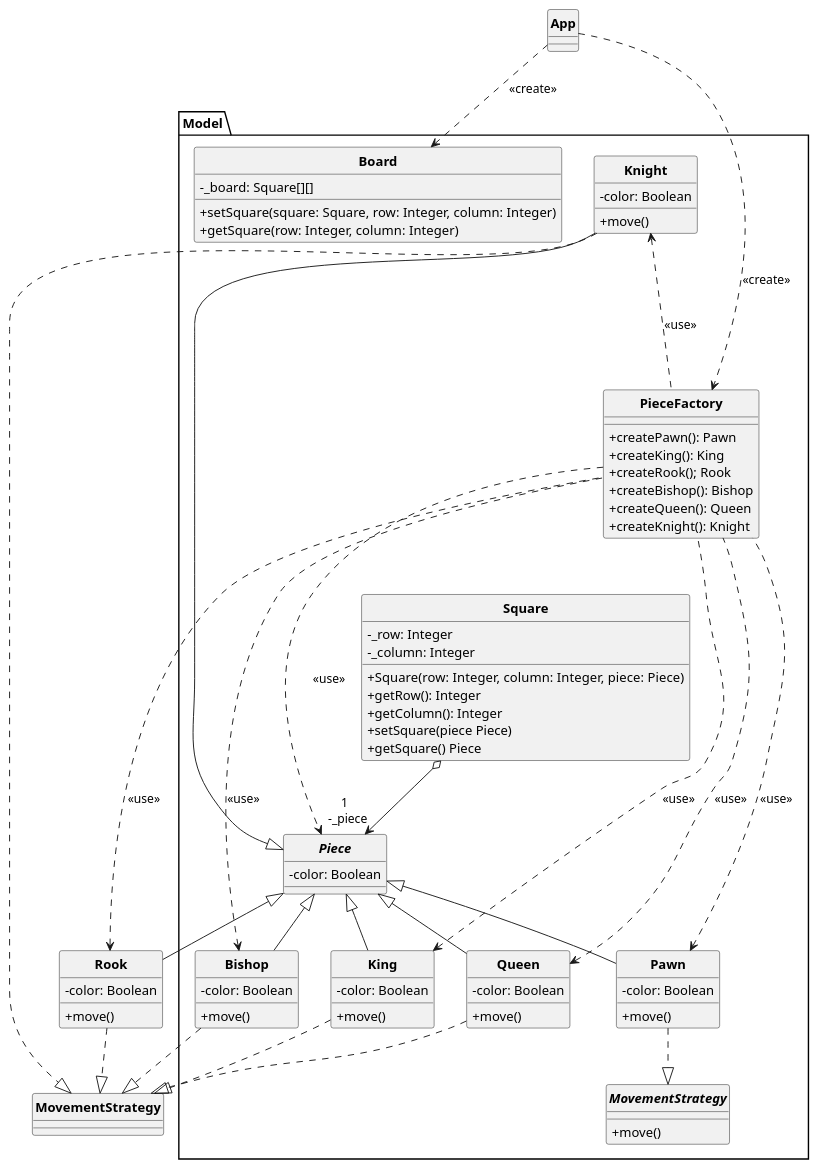
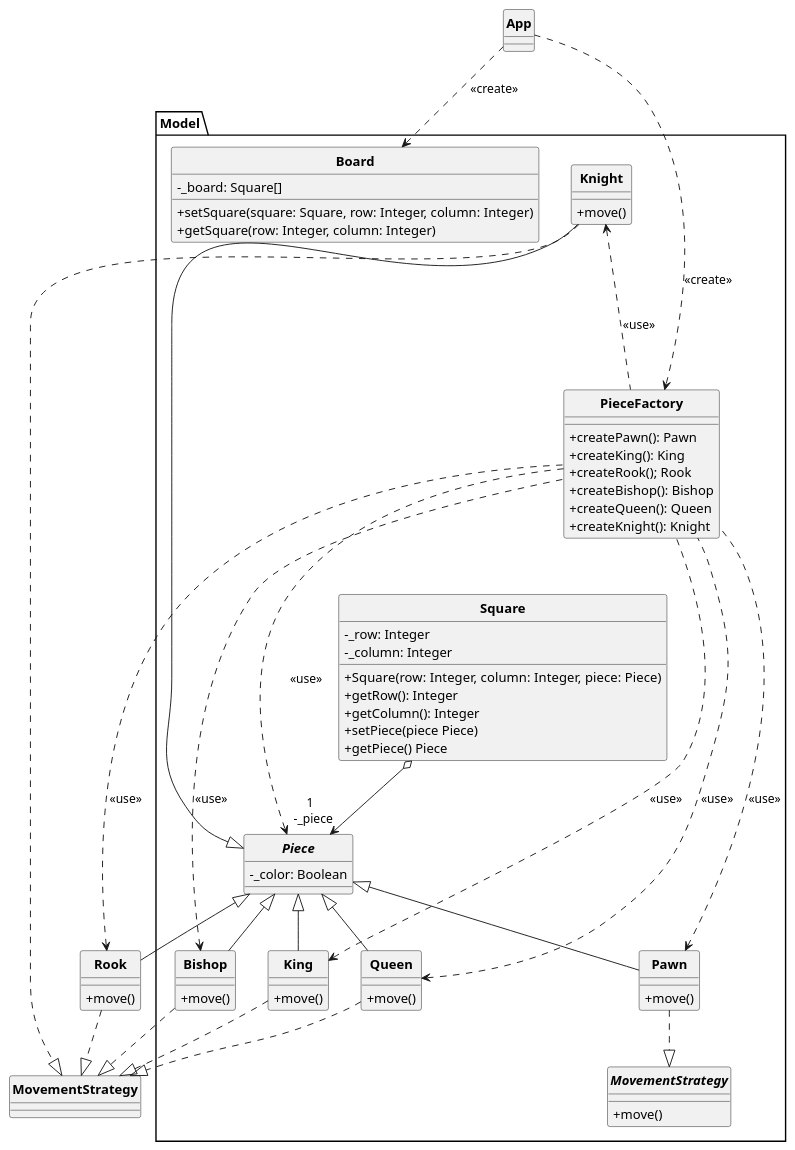
Before and after one commit to MaxDevelo/Chess-Game: the diagram in UML/Chessgame.puml, drawn with PlantUML. The commit also changed 2 other files, not shown here.

Commit message:
UML: Correction des piece en enlevant l'attribut color. Et Square[][] en Square[]

```diff
--- a/UML/Chessgame.puml
+++ b/UML/Chessgame.puml
@@ -1,106 +1,100 @@
 @startuml
 
 skinparam style strictuml
 skinparam classAttributeIconSize 0
 skinparam classFontStyle Bold
 hide enum methods
 
 
 class App{
 
 }
 
 
 package Model{
     class Board{
-    - _board: Square[][]
+    - _board: Square[]
     + setSquare(square: Square, row: Integer, column: Integer)
     + getSquare(row: Integer, column: Integer)
     }
 
     class Square{
     - _row: Integer
     - _column: Integer
     + Square(row: Integer, column: Integer, piece: Piece)
     + getRow(): Integer
     + getColumn(): Integer
-    + setSquare(piece Piece)
-    + getSquare() Piece
+    + setPiece(piece Piece)
+    + getPiece() Piece
     }
 
     abstract Piece{
-    - color: Boolean
+    - _color: Boolean
     }
 
     class PieceFactory{
     + createPawn(): Pawn
     + createKing(): King
     + createRook(); Rook
     + createBishop(): Bishop
     + createQueen(): Queen
     + createKnight(): Knight
     }
 
     interface MovementStrategy{
     + move()
     }
 
     'class Model.Forward extends MovementStrategy{'
     '+ move()'
     '}'
 
     class Pawn{
-    - color: Boolean
     + move()
     }
 
     class King{
-    - color: Boolean
     + move()
     }
 
     class .Rook{
-    - color: Boolean
     + move()
     }
 
     class Bishop{
-    - color: Boolean
     + move()
     }
 
     class Queen{
-    - color: Boolean
     + move()
     }
 
     class Knight{
-    - color: Boolean
     + move()
     }
 }
 
 Square o--> "1 \n -_piece" Piece
 App ..> PieceFactory : <<create>>
 App ..> Board : <<create>>
 Pawn ..|> MovementStrategy
 King ..|> .MovementStrategy
 Rook ..|> MovementStrategy
 Bishop ..|> MovementStrategy
 Queen ..|> MovementStrategy
 Knight ..|> MovementStrategy
 PieceFactory ...> Piece : <<use>>
 Pawn -u-|> Piece
 King -u-|> Piece
 Rook -u-|> Piece
 Bishop -u-|> Piece
 Queen -u-|> Piece
 Knight -u-|> Piece
 PieceFactory -u..> Pawn : <<use>>
 PieceFactory -u..> King : <<use>>
 PieceFactory -u..> Rook : <<use>>
 PieceFactory -u..> Bishop : <<use>>
 PieceFactory -u..> Queen : <<use>>
 PieceFactory -u..> Knight : <<use>>
 
 @enduml
```
